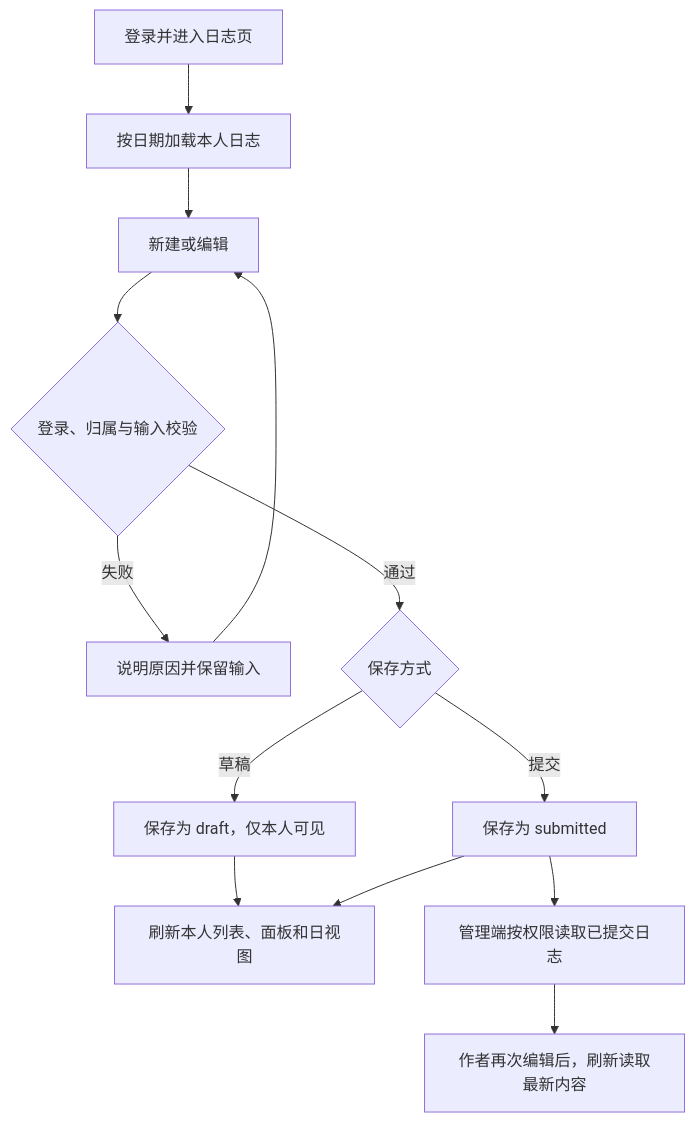
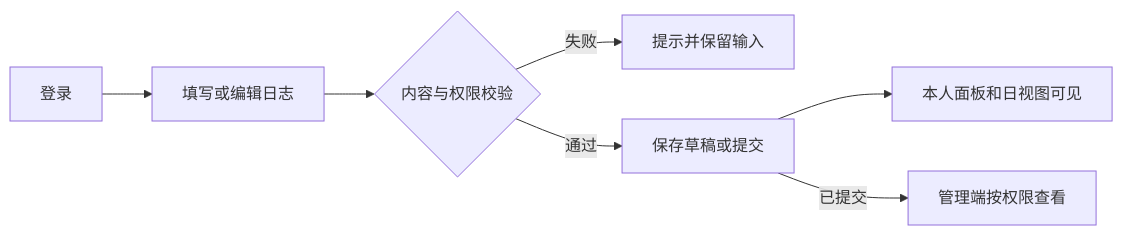
Before and after one commit to zayinO-00-01/project-pandora: the second of 3 diagrams in docs/产品需求与设计-初版.md, drawn with Mermaid. The commit also changed other lines of this file and 5 other files, not shown here.

````diff
--- a/docs/产品需求与设计-初版.md
+++ b/docs/产品需求与设计-初版.md
@@ -284,15 +194,9 @@
 ```mermaid
-flowchart TD
-  A[登录并进入日志页] --> B[按日期加载本人日志]
-  B --> C[新建或编辑]
-  C --> D{登录、归属与输入校验}
-  D -->|失败| E[说明原因并保留输入]
-  E --> C
-  D -->|通过| F{保存方式}
-  F -->|草稿| G[保存为 draft，仅本人可见]
-  F -->|提交| H[保存为 submitted]
-  G --> I[刷新本人列表、面板和日视图]
-  H --> I
-  H --> J[管理端按权限读取已提交日志]
-  J --> K[作者再次编辑后，刷新读取最新内容]
+flowchart LR
+  A[登录] --> B[填写或编辑日志]
+  B --> C{内容与权限校验}
+  C -->|失败| D[提示并保留输入]
+  C -->|通过| E[保存草稿或提交]
+  E --> F[本人面板和日视图可见]
+  E -->|已提交| G[管理端按权限查看]
 ```
````
